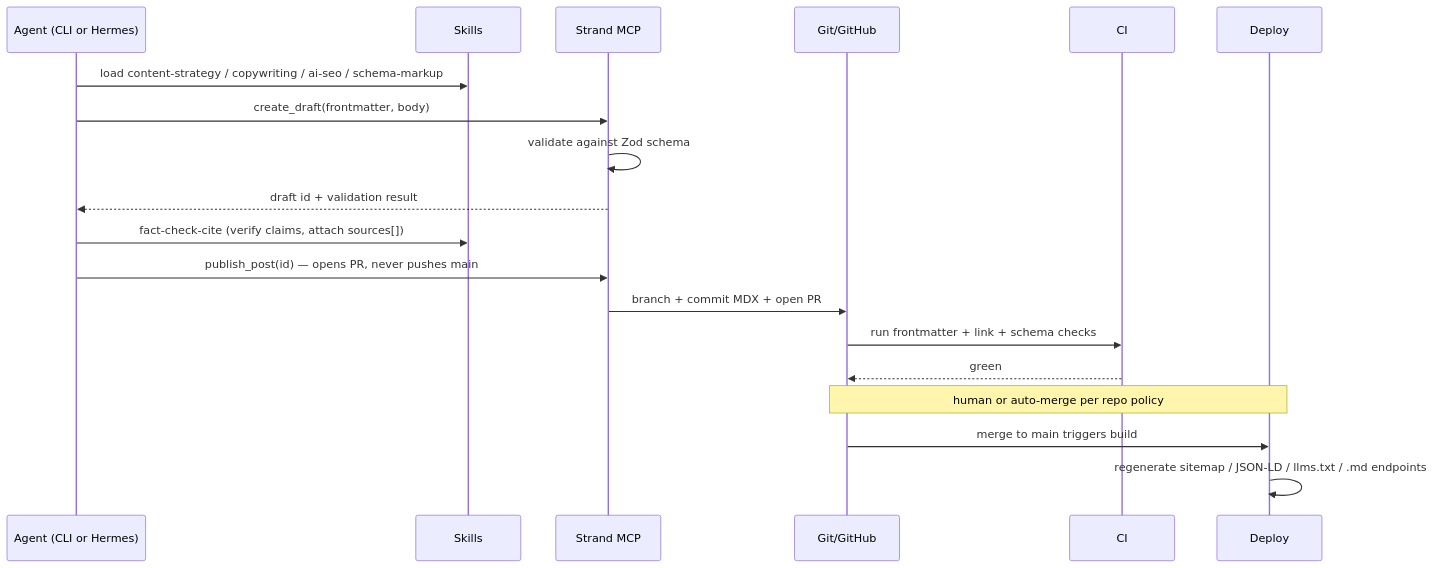
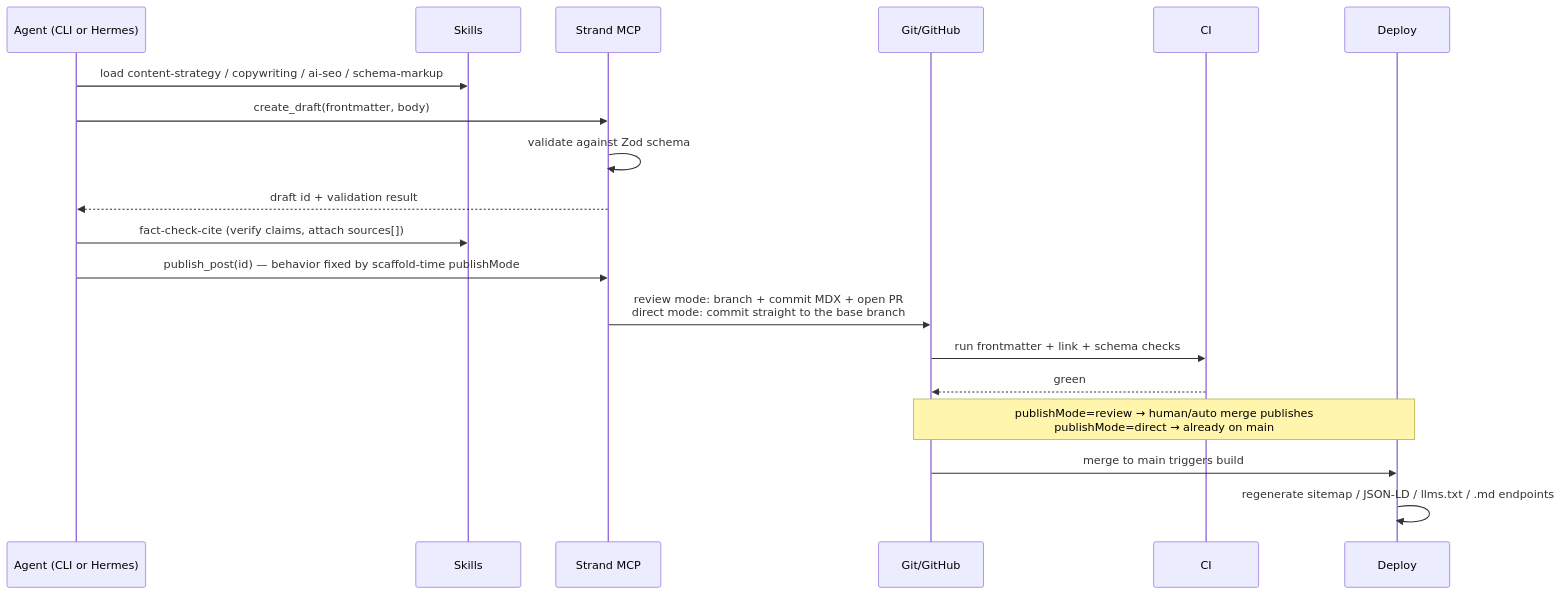
One commit to BowTiedSwan/strand changed the second of 2 diagrams in DESIGN.md. Above: the diagram before and after it, drawn with Mermaid. The commit also changed other lines of this file, not shown here.

Commit message:
docs: sync DESIGN.md with 0.2.x features (publishMode, AI-search head tags, OG route, npm publish status)

````diff
--- a/DESIGN.md
+++ b/DESIGN.md
@@ -75,22 +75,22 @@
 ```mermaid
 sequenceDiagram
     participant A as Agent (CLI or Hermes)
     participant S as Skills
     participant M as Strand MCP
     participant G as Git/GitHub
     participant CI as CI
     participant D as Deploy
 
     A->>S: load content-strategy / copywriting / ai-seo / schema-markup
     A->>M: create_draft(frontmatter, body)
     M->>M: validate against Zod schema
     M-->>A: draft id + validation result
     A->>S: fact-check-cite (verify claims, attach sources[])
-    A->>M: publish_post(id) — opens PR, never pushes main
-    M->>G: branch + commit MDX + open PR
+    A->>M: publish_post(id) — behavior fixed by scaffold-time publishMode
+    M->>G: review mode: branch + commit MDX + open PR<br/>direct mode: commit straight to the base branch
     G->>CI: run frontmatter + link + schema checks
     CI-->>G: green
-    Note over G,D: human or auto-merge per repo policy
+    Note over G,D: publishMode=review → human/auto merge publishes<br/>publishMode=direct → already on main
     G->>D: merge to main triggers build
     D->>D: regenerate sitemap / JSON-LD / llms.txt / .md endpoints
 ```
````
